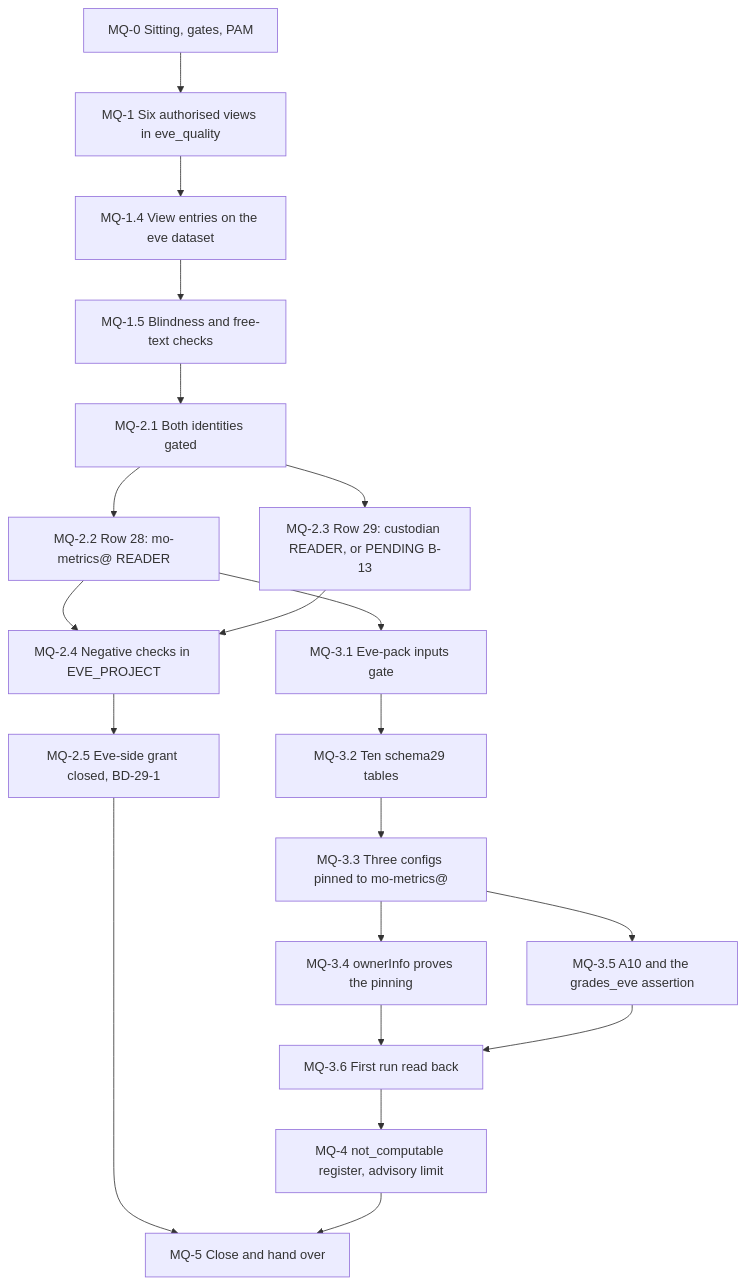
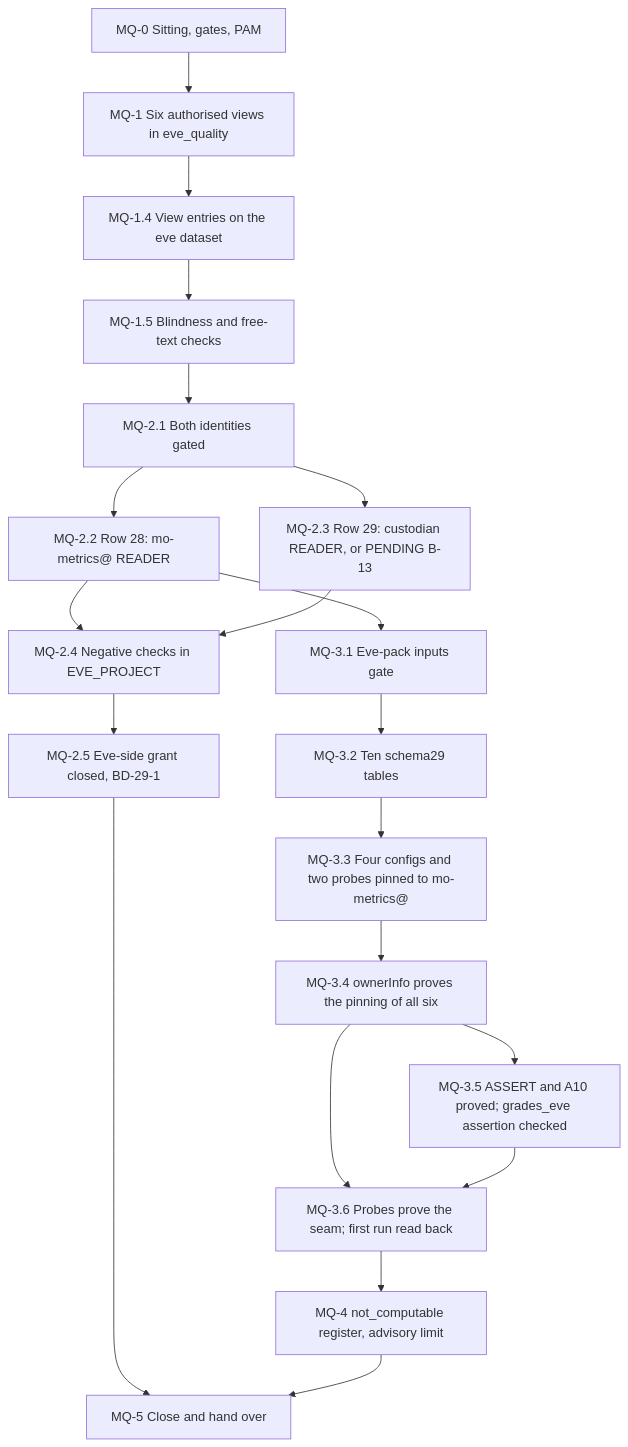
One commit to jsbdfgidsfg/agentic-platform changed the diagram in platform/agentic-platform/setup/29-mo-eve-quality-pack.md. Above: the diagram before and after it, drawn with Mermaid. The commit also changed other lines of this file and 22 other files, not shown here.

````diff
--- a/platform/agentic-platform/setup/29-mo-eve-quality-pack.md
+++ b/platform/agentic-platform/setup/29-mo-eve-quality-pack.md
@@ -43,22 +43,22 @@
 ```mermaid
 flowchart TD
   A["MQ-0 Sitting, gates, PAM"] --> B["MQ-1 Six authorised views in eve_quality"]
   B --> C["MQ-1.4 View entries on the eve dataset"]
   C --> D["MQ-1.5 Blindness and free-text checks"]
   D --> E["MQ-2.1 Both identities gated"]
   E --> F["MQ-2.2 Row 28: mo-metrics@ READER"]
   E --> G["MQ-2.3 Row 29: custodian READER, or PENDING B-13"]
   F --> H["MQ-2.4 Negative checks in EVE_PROJECT"]
   G --> H
   H --> I["MQ-2.5 Eve-side grant closed, BD-29-1"]
   F --> J["MQ-3.1 Eve-pack inputs gate"]
   J --> K["MQ-3.2 Ten schema29 tables"]
-  K --> L["MQ-3.3 Three configs pinned to mo-metrics@"]
-  L --> M["MQ-3.4 ownerInfo proves the pinning"]
-  L --> N["MQ-3.5 A10 and the grades_eve assertion"]
-  M --> O["MQ-3.6 First run read back"]
+  K --> L["MQ-3.3 Four configs and two probes pinned to mo-metrics@"]
+  L --> M["MQ-3.4 ownerInfo proves the pinning of all six"]
+  M --> N["MQ-3.5 ASSERT and A10 proved; grades_eve assertion checked"]
+  M --> O["MQ-3.6 Probes prove the seam; first run read back"]
   N --> O
   O --> P["MQ-4 not_computable register, advisory limit"]
   I --> Q["MQ-5 Close and hand over"]
   P --> Q
 ```
````
